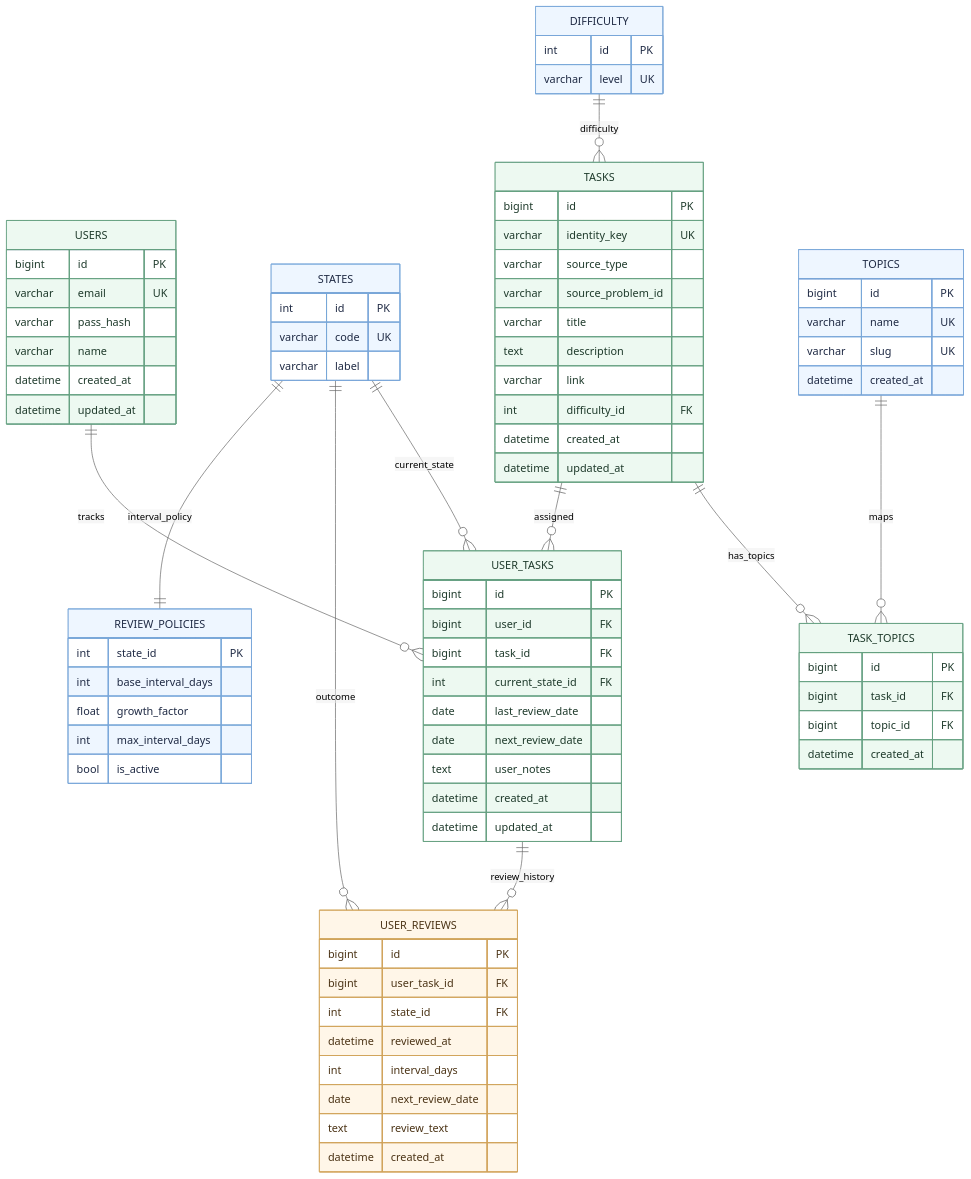
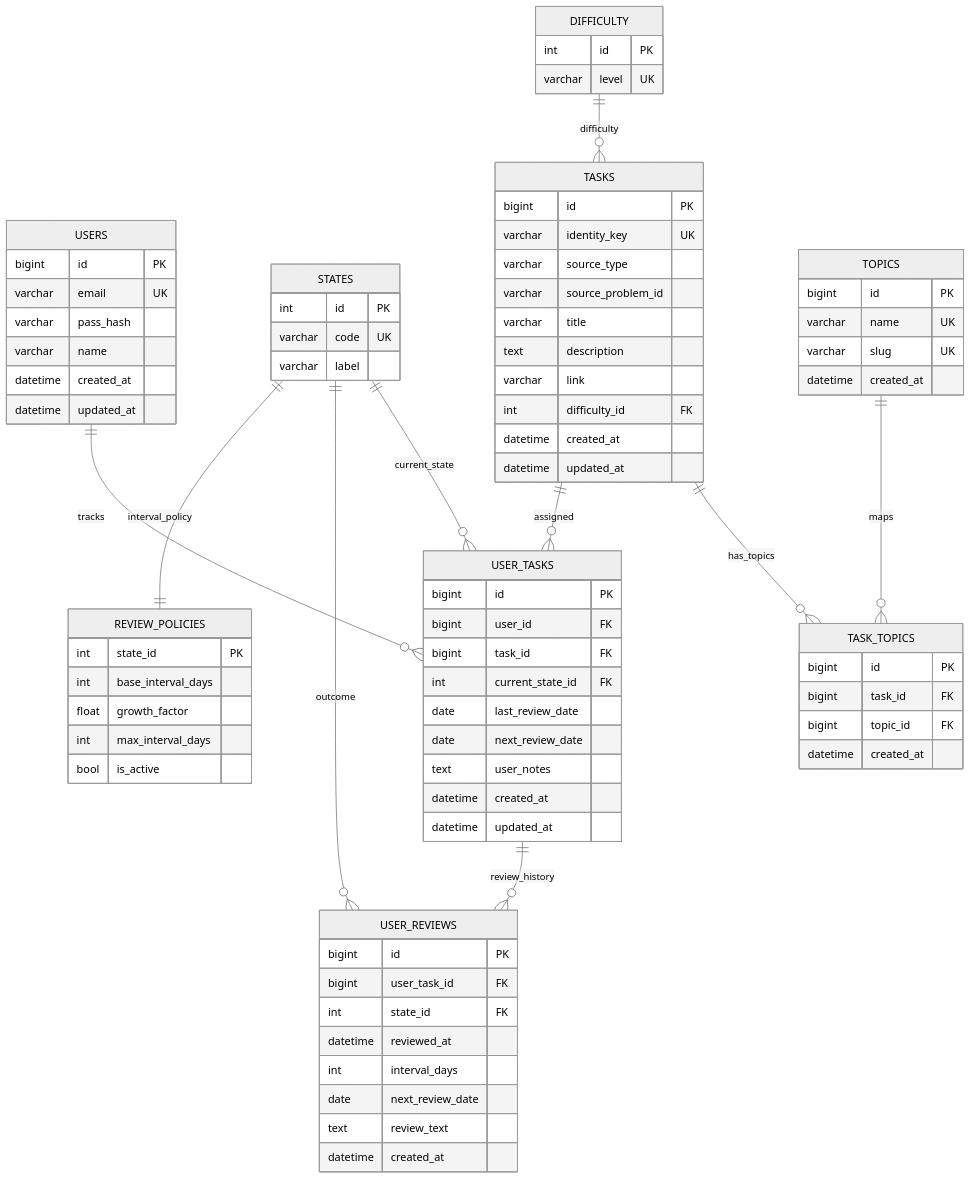
Before and after one commit to gleb7499/Leetcode-tracker: the diagram in DATABASE_DIAGRAM.md, drawn with Mermaid (neutral theme). The commit also changed other lines of this file and 8 other files, not shown here.

````diff
--- a/DATABASE_DIAGRAM.md
+++ b/DATABASE_DIAGRAM.md
@@ -34,18 +28,15 @@
         datetime created_at
         datetime updated_at
     }
-
     DIFFICULTY {
         int id PK
         varchar level UK
     }
-
     STATES {
         int id PK
         varchar code UK
         varchar label
     }
-
     REVIEW_POLICIES {
         int state_id PK
         int base_interval_days
@@ -53,7 +44,6 @@
         int max_interval_days
         bool is_active
     }
-
     TASKS {
         bigint id PK
         varchar identity_key UK
@@ -66,21 +56,18 @@
         datetime created_at
         datetime updated_at
     }
-
     TOPICS {
         bigint id PK
         varchar name UK
         varchar slug UK
         datetime created_at
     }
-
     TASK_TOPICS {
         bigint id PK
         bigint task_id FK
         bigint topic_id FK
         datetime created_at
     }
-
     USER_TASKS {
         bigint id PK
         bigint user_id FK
@@ -92,7 +79,6 @@
         datetime created_at
         datetime updated_at
     }
-
     USER_REVIEWS {
         bigint id PK
         bigint user_task_id FK
@@ -103,26 +89,13 @@
         text review_text
         datetime created_at
     }
-
     DIFFICULTY ||--o{ TASKS : difficulty
     TASKS ||--o{ TASK_TOPICS : has_topics
     TOPICS ||--o{ TASK_TOPICS : maps
-
     USERS ||--o{ USER_TASKS : tracks
     TASKS ||--o{ USER_TASKS : assigned
     STATES ||--o{ USER_TASKS : current_state
-
     USER_TASKS ||--o{ USER_REVIEWS : review_history
     STATES ||--o{ USER_REVIEWS : outcome
-
     STATES ||--|| REVIEW_POLICIES : interval_policy
-
-    classDef reference fill:#eef6ff,stroke:#7aa7d9,stroke-width:1px,color:#1f2a44
-    classDef operational fill:#edf9f1,stroke:#66a182,stroke-width:1px,color:#1e3a2b
-    classDef reporting fill:#fff6e8,stroke:#d2a45b,stroke-width:1px,color:#4b3315
-
-    class DIFFICULTY,STATES,TOPICS,REVIEW_POLICIES reference
-    class USERS,TASKS,TASK_TOPICS,USER_TASKS operational
-    class USER_REVIEWS reporting
-
 ```
````
